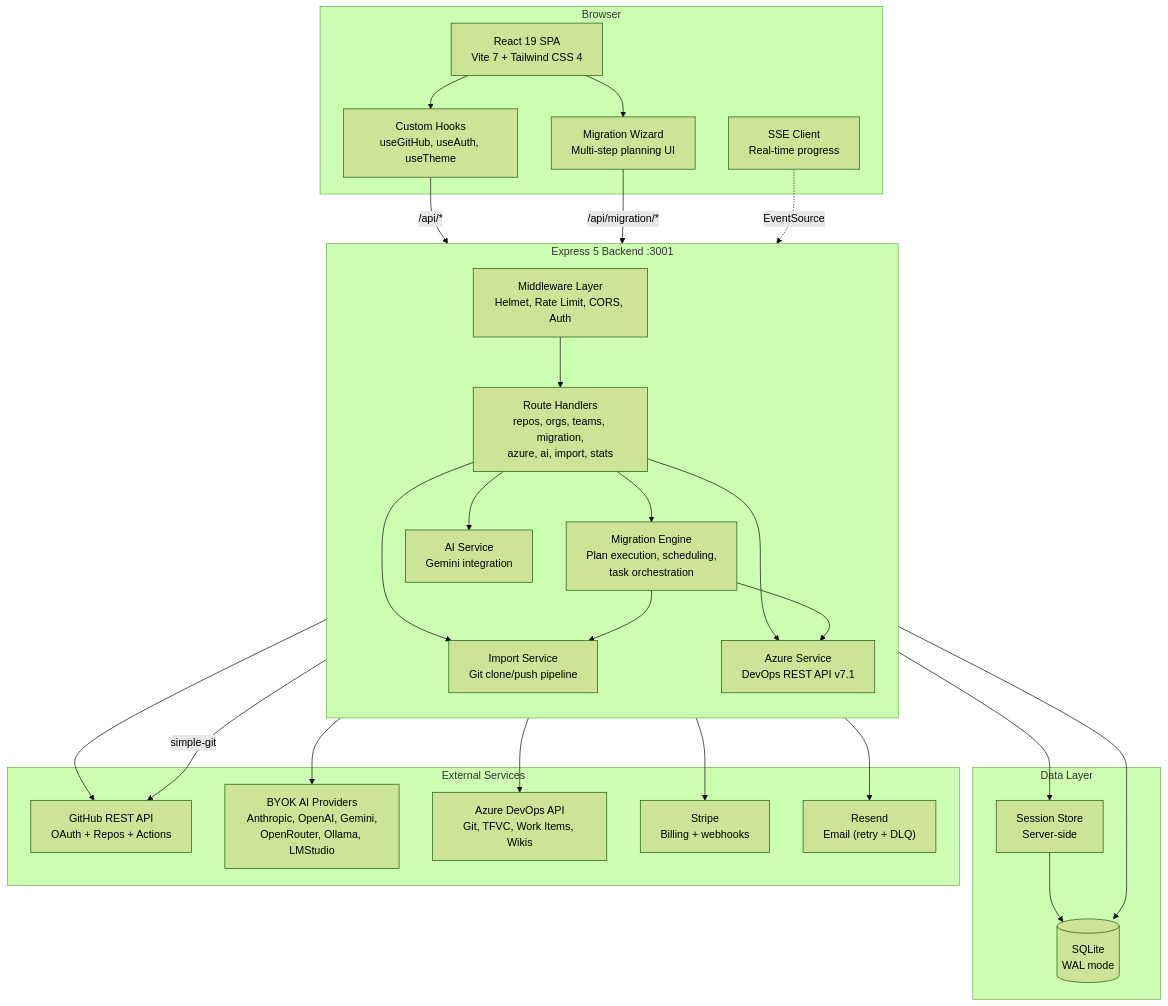
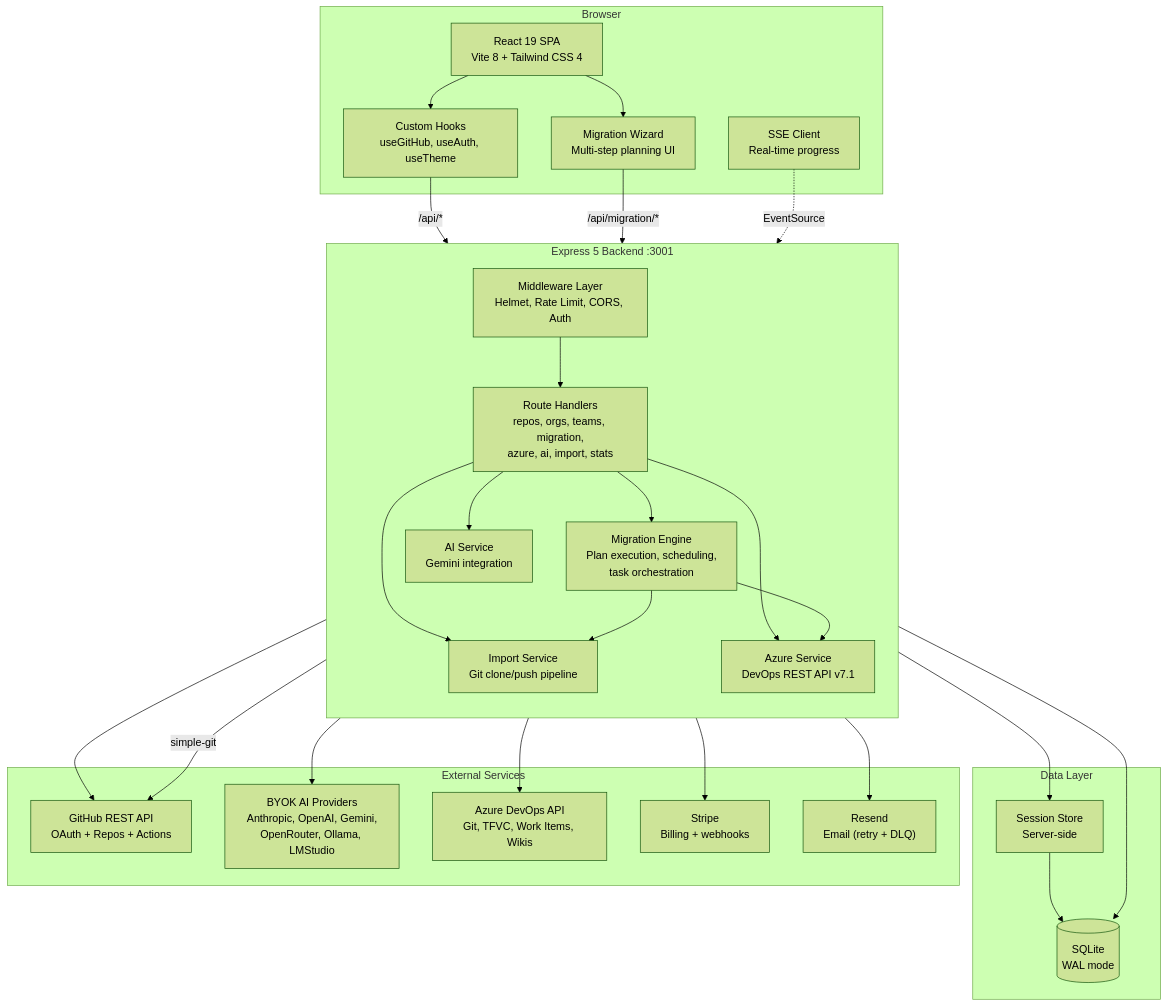
The diagram in docs/architecture/overview.md (brunobola-portfolio/GitHub-Repo-Manager), drawn with Mermaid (forest theme) before and after one commit. The commit also changed other lines of this file and 5 other files, not shown here.

````diff
--- a/docs/architecture/overview.md
+++ b/docs/architecture/overview.md
@@ -382,57 +422,57 @@
 ```mermaid
 graph TB
     subgraph Client["Browser"]
-        UI["React 19 SPA<br/>Vite 7 + Tailwind CSS 4"]
+        UI["React 19 SPA<br/>Vite 8 + Tailwind CSS 4"]
         Hooks["Custom Hooks<br/>useGitHub, useAuth, useTheme"]
         Wizard["Migration Wizard<br/>Multi-step planning UI"]
         SSE["SSE Client<br/>Real-time progress"]
     end
 
     subgraph Server["Express 5 Backend :3001"]
         direction TB
         MW["Middleware Layer<br/>Helmet, Rate Limit, CORS, Auth"]
         Routes["Route Handlers<br/>repos, orgs, teams, migration,<br/>azure, ai, import, stats"]
         Engine["Migration Engine<br/>Plan execution, scheduling,<br/>task orchestration"]
         Import["Import Service<br/>Git clone/push pipeline"]
         AI["AI Service<br/>Gemini integration"]
         Azure["Azure Service<br/>DevOps REST API v7.1"]
     end
 
     subgraph Storage["Data Layer"]
         DB[("SQLite<br/>WAL mode")]
         Sessions["Session Store<br/>Server-side"]
     end
 
     subgraph External["External Services"]
         GH["GitHub REST API<br/>OAuth + Repos + Actions"]
         BYOK["BYOK AI Providers<br/>Anthropic, OpenAI, Gemini,<br/>OpenRouter, Ollama, LMStudio"]
         ADO["Azure DevOps API<br/>Git, TFVC, Work Items, Wikis"]
         Stripe["Stripe<br/>Billing + webhooks"]
         Resend["Resend<br/>Email (retry + DLQ)"]
     end
 
     UI --> Hooks
     UI --> Wizard
     Hooks -->|"/api/*"| MW
     Wizard -->|"/api/migration/*"| MW
     SSE -.->|"EventSource"| Routes
 
     MW --> Routes
     Routes --> Engine
     Routes --> Import
     Routes --> AI
     Routes --> Azure
     Engine --> Import
     Engine --> Azure
 
     Routes --> DB
     MW --> Sessions
     Sessions --> DB
 
     Routes --> GH
     AI --> BYOK
     Azure --> ADO
     Routes --> Stripe
     Routes --> Resend
     Import -->|"simple-git"| GH
 ```
````
